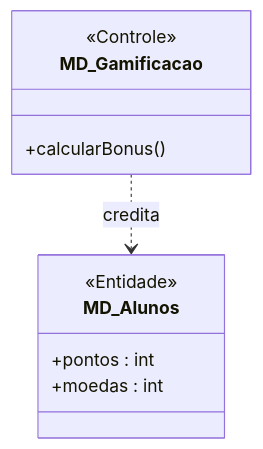
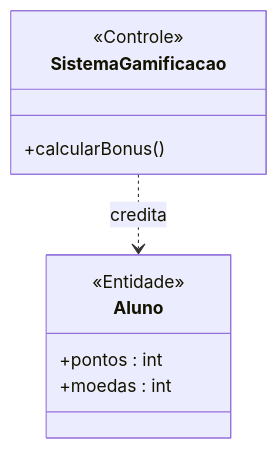
The first of 2 diagrams in PIM_III/02_Modelagem_UML_Astah/UC12_Atribuir_XP_Moedas/README.md (MayconDIS/PIM_III-Documentacao_UML), drawn with Mermaid before and after one commit. The commit also changed other lines of this file and 86 other files, not shown here.

Commit message:
docs(uml): add comprehensive UML diagrams and tutorials for all 15 use cases

````diff
--- a/PIM_III/02_Modelagem_UML_Astah/UC12_Atribuir_XP_Moedas/README.md
+++ b/PIM_III/02_Modelagem_UML_Astah/UC12_Atribuir_XP_Moedas/README.md
@@ -51,13 +51,13 @@
 ```mermaid
 classDiagram
-    class MD_Gamificacao {
+    class SistemaGamificacao {
         <<Controle>>
         +calcularBonus()
     }
-    class MD_Alunos {
+    class Aluno {
         <<Entidade>>
         +pontos : int
         +moedas : int
     }
-    MD_Gamificacao ..> MD_Alunos : credita
+    SistemaGamificacao ..> Aluno : credita
 ```
````
